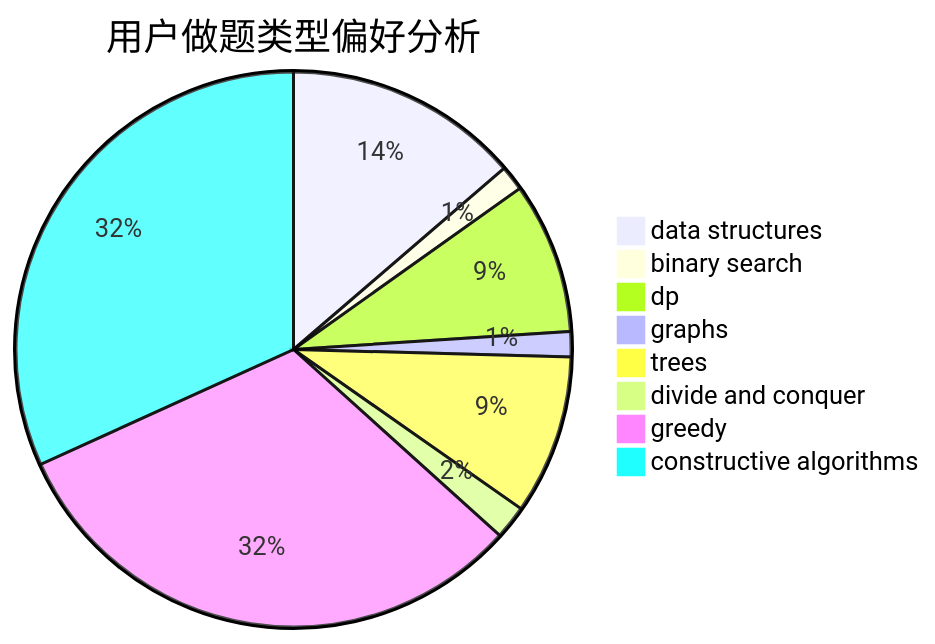
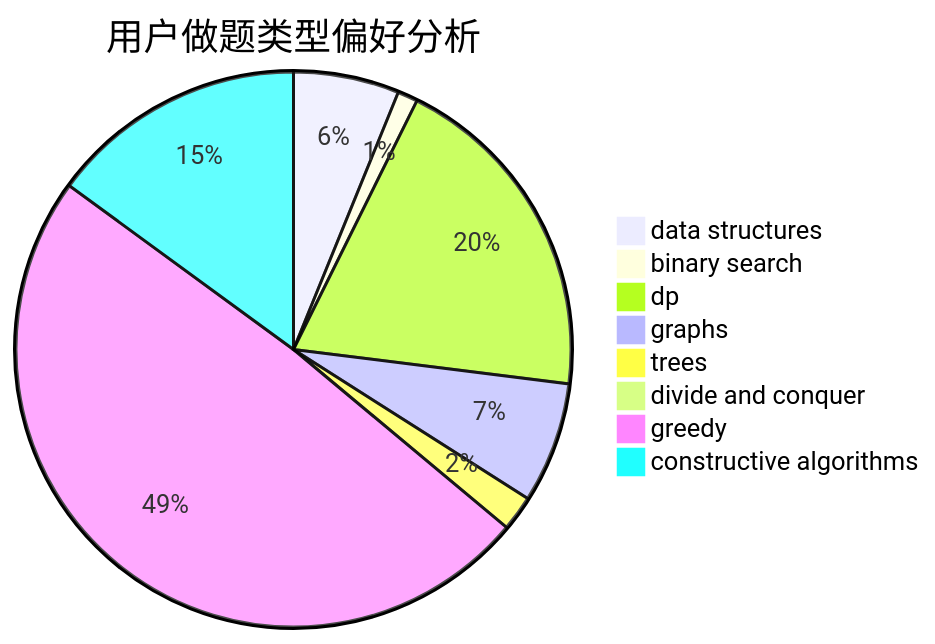
One commit to sherpahu/cfrs.github.io changed the second of 3 diagrams in docs/user/u972.md. Above: the diagram before and after it, drawn with Mermaid. The commit also changed other lines of this file and 2770 other files, not shown here.

````diff
--- a/docs/user/u972.md
+++ b/docs/user/u972.md
@@ -23,11 +23,11 @@
 ```mermaid
 pie title 用户做题类型偏好分析
-    "data structures" :  56
-    "binary search" :  6
-    "dp" :  36
-    "graphs" :  6
-    "trees" :  38
-    "divide and conquer" :  8
-    "greedy" :  129
-    "constructive algorithms" :  130
+    "data structures" :  21
+    "binary search" :  4
+    "dp" :  67
+    "graphs" :  24
+    "trees" :  7
+    "divide and conquer" :  0
+    "greedy" :  167
+    "constructive algorithms" :  51
 ```
````
